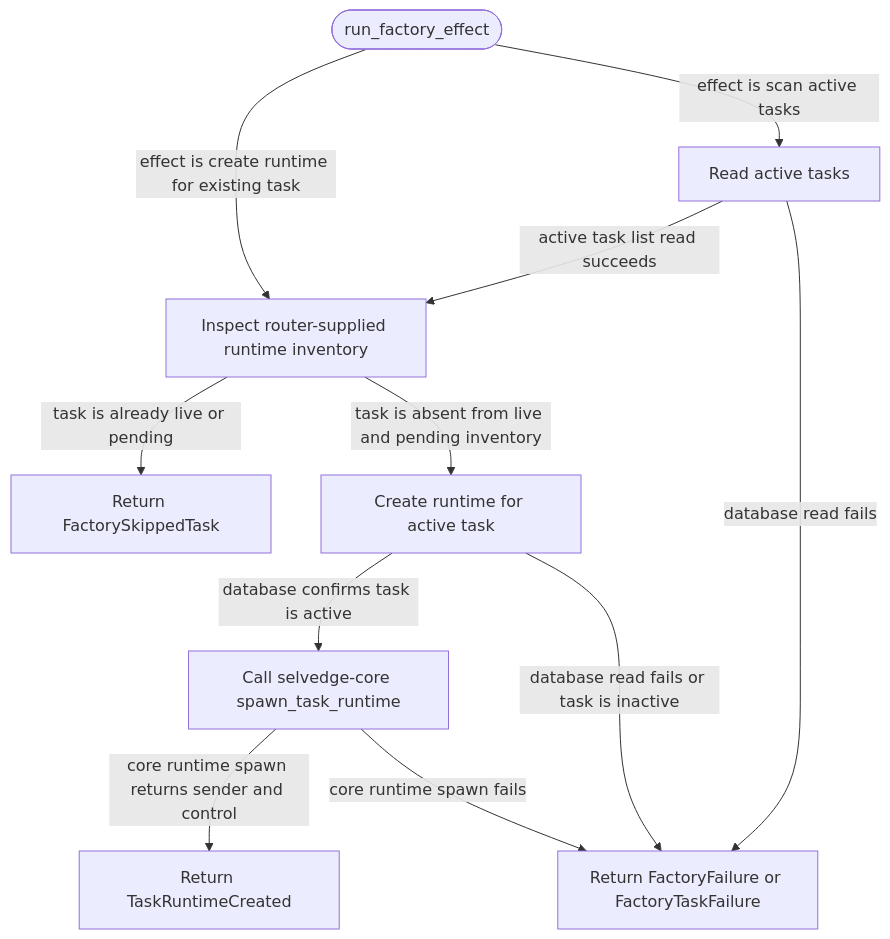
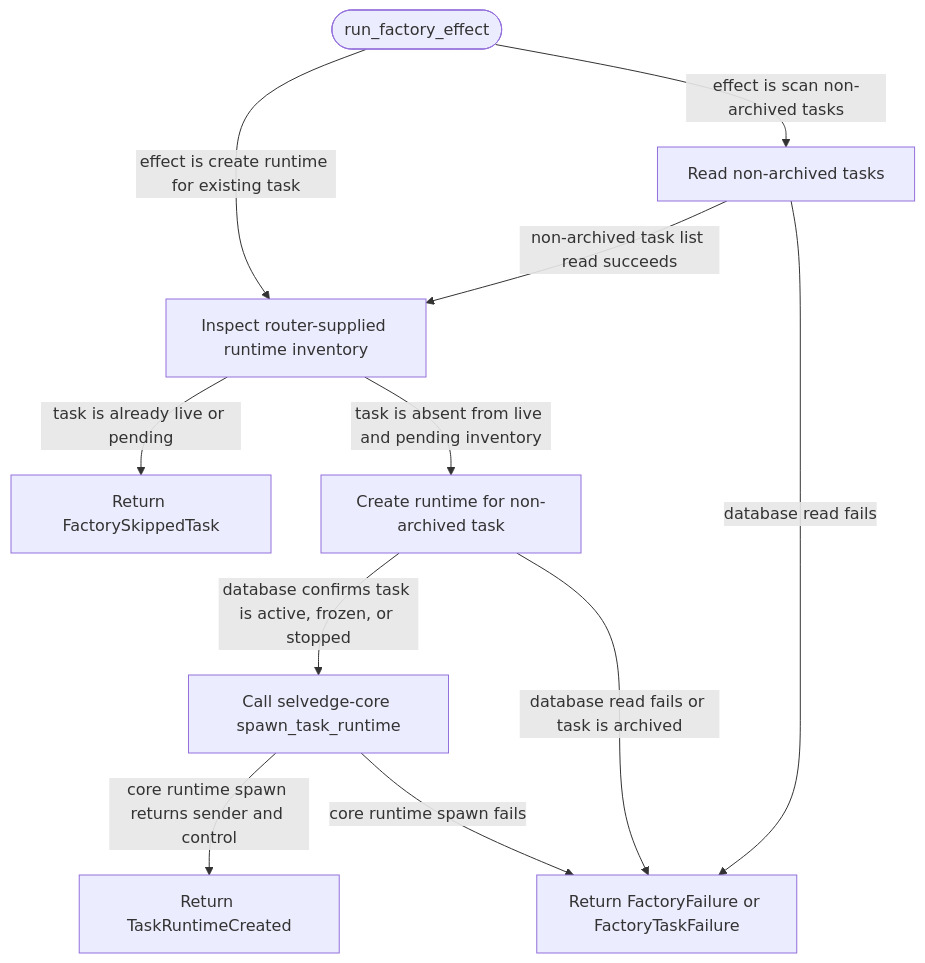
Before and after one commit to JiaJunDeng5930/Selvedge: the diagram in crates/task-runtime-factory/README.md, drawn with Mermaid. The commit also changed other lines of this file and 5 other files, not shown here.

````diff
--- a/crates/task-runtime-factory/README.md
+++ b/crates/task-runtime-factory/README.md
@@ -20,22 +20,22 @@
 ```mermaid
 flowchart TD
   Start([run_factory_effect])
   InspectInventory[Inspect router-supplied runtime inventory]
-  CreateRuntime[Create runtime for active task]
-  ScanTasks[Read active tasks]
+  CreateRuntime[Create runtime for non-archived task]
+  ScanTasks[Read non-archived tasks]
   Spawn[Call selvedge-core spawn_task_runtime]
   OutputCreated[Return TaskRuntimeCreated]
   OutputSkipped[Return FactorySkippedTask]
   OutputFailure[Return FactoryFailure or FactoryTaskFailure]
 
   Start -->|effect is create runtime for existing task| InspectInventory
-  Start -->|effect is scan active tasks| ScanTasks
+  Start -->|effect is scan non-archived tasks| ScanTasks
   InspectInventory -->|task is already live or pending| OutputSkipped
   InspectInventory -->|task is absent from live and pending inventory| CreateRuntime
-  CreateRuntime -->|database confirms task is active| Spawn
-  CreateRuntime -->|database read fails or task is inactive| OutputFailure
-  ScanTasks -->|active task list read succeeds| InspectInventory
+  CreateRuntime -->|database confirms task is active, frozen, or stopped| Spawn
+  CreateRuntime -->|database read fails or task is archived| OutputFailure
+  ScanTasks -->|non-archived task list read succeeds| InspectInventory
   ScanTasks -->|database read fails| OutputFailure
   Spawn -->|core runtime spawn returns sender and control| OutputCreated
   Spawn -->|core runtime spawn fails| OutputFailure
 ```
````
